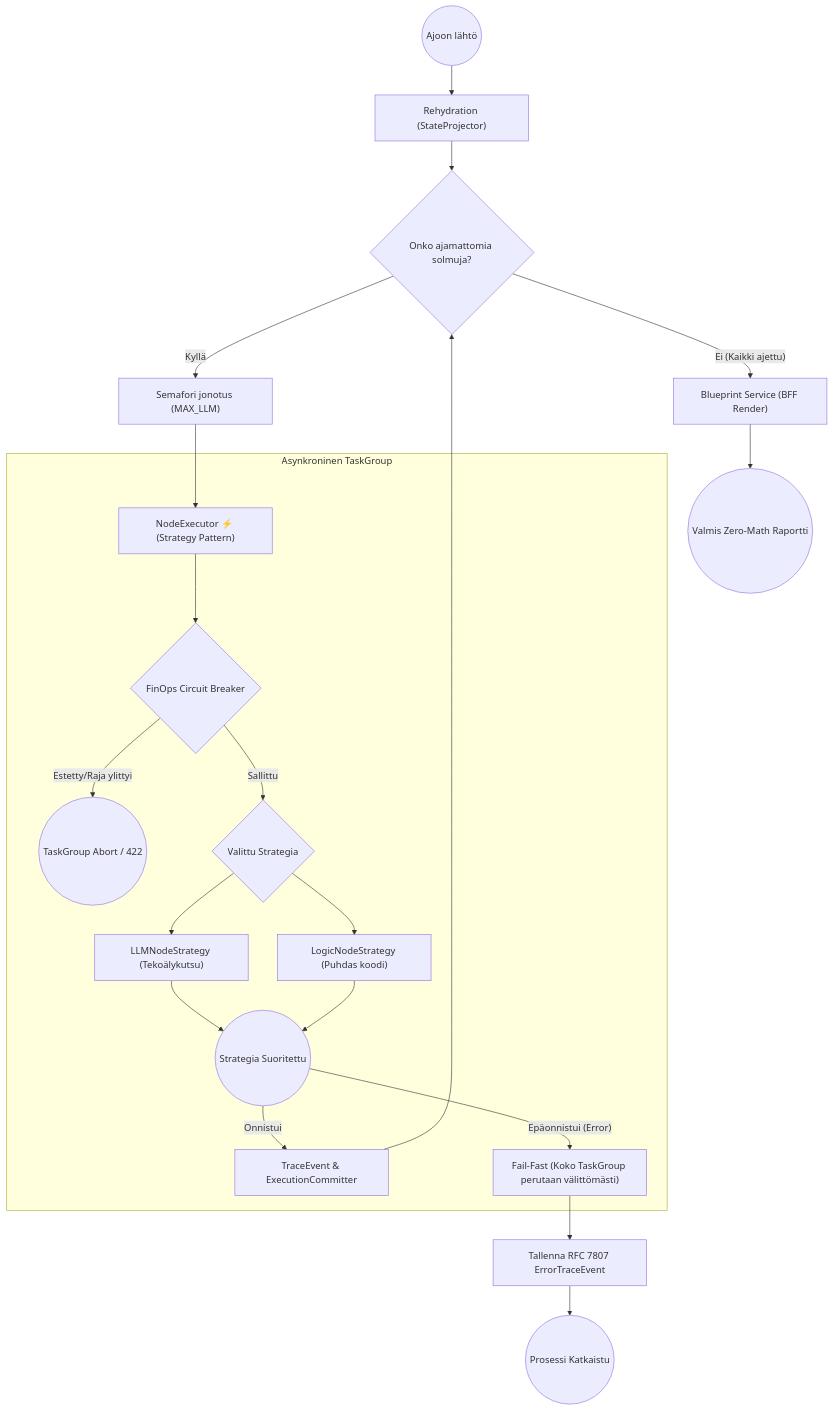
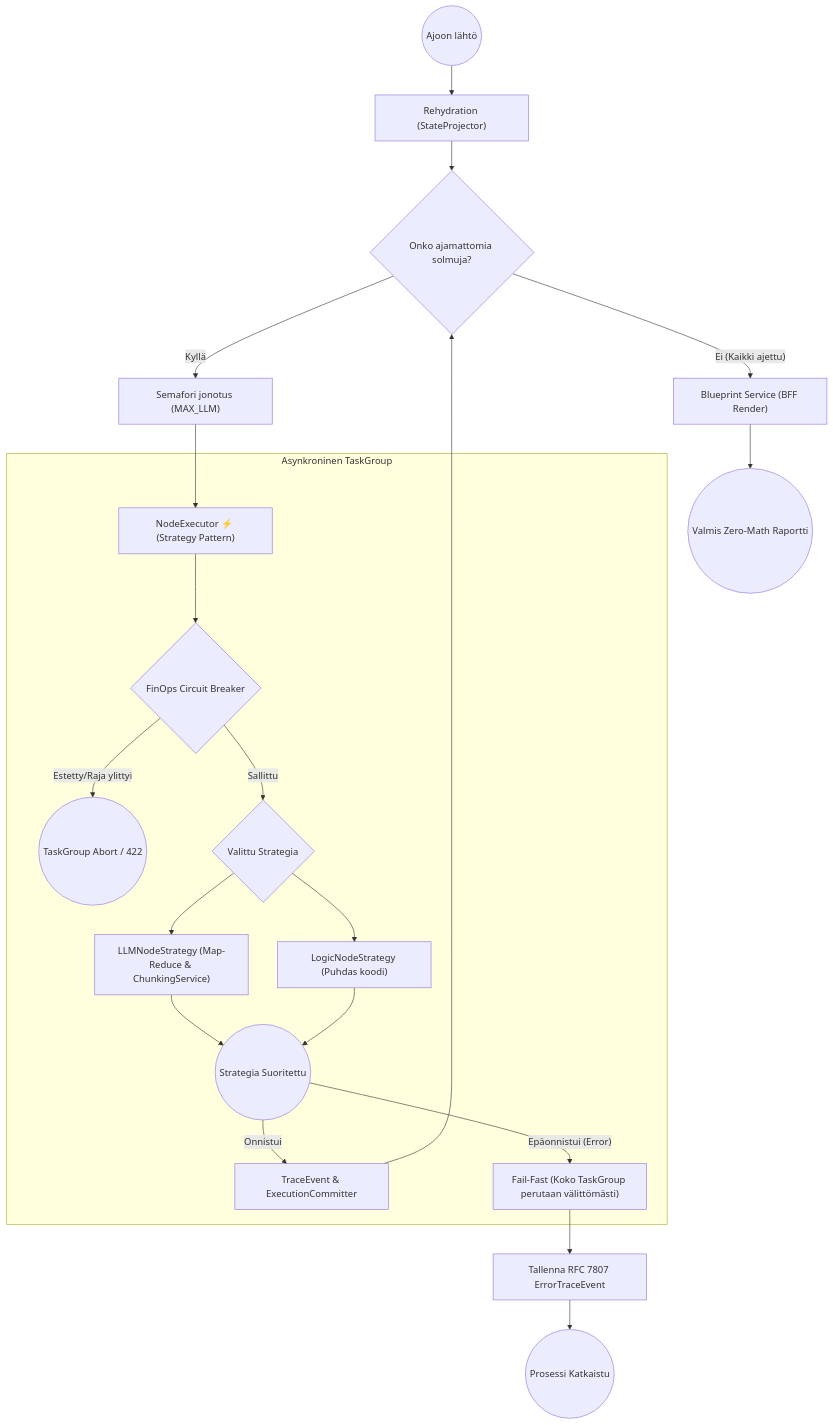
One commit to launis/quorum changed the diagram in docs/architecture/03_business_services_and_dag.md. Above: the diagram before and after it, drawn with Mermaid. The commit also changed other lines of this file and 33 other files, not shown here.

````diff
--- a/docs/architecture/03_business_services_and_dag.md
+++ b/docs/architecture/03_business_services_and_dag.md
@@ -18,27 +18,27 @@
 ```mermaid
 flowchart TD
     Start((Ajoon lähtö)) --> Rehydration["Rehydration (StateProjector)"]
     Rehydration --> Check{"Onko ajamattomia solmuja?"}
     
     Check -- Kyllä --> Concurrency["Semafori jonotus (MAX_LLM)"]
     Concurrency --> NodeExec["NodeExecutor ⚡ (Strategy Pattern)"]
     
     subgraph TaskGroup["Asynkroninen TaskGroup"]
         NodeExec --> Breaker{"FinOps Circuit Breaker"}
         Breaker -- "Estetty/Raja ylittyi" --> AbortTask((TaskGroup Abort / 422))
         Breaker -- "Sallittu" --> StrategySelect{"Valittu Strategia"}
-        StrategySelect --> LLMStrategy["LLMNodeStrategy (Tekoälykutsu)"]
+        StrategySelect --> LLMStrategy["LLMNodeStrategy (Map-Reduce & ChunkingService)"]
         StrategySelect --> LogicStrategy["LogicNodeStrategy (Puhdas koodi)"]
         LLMStrategy --> StrategyMerged((Strategia Suoritettu))
         LogicStrategy --> StrategyMerged
         StrategyMerged -- "Onnistui" --> CommitTrace["TraceEvent & ExecutionCommitter"]
         StrategyMerged -- "Epäonnistui (Error)" --> FailBoundary["Fail-Fast (Koko TaskGroup perutaan välittömästi)"]
     end
     
     CommitTrace --> Check
     Check -- "Ei (Kaikki ajettu)" --> Blueprint["Blueprint Service (BFF Render)"]
     Blueprint --> End((Valmis Zero-Math Raportti))
     
     FailBoundary --> ErrorLog["Tallenna RFC 7807 ErrorTraceEvent"]
     ErrorLog --> Abort((Prosessi Katkaistu))
 ```
````
